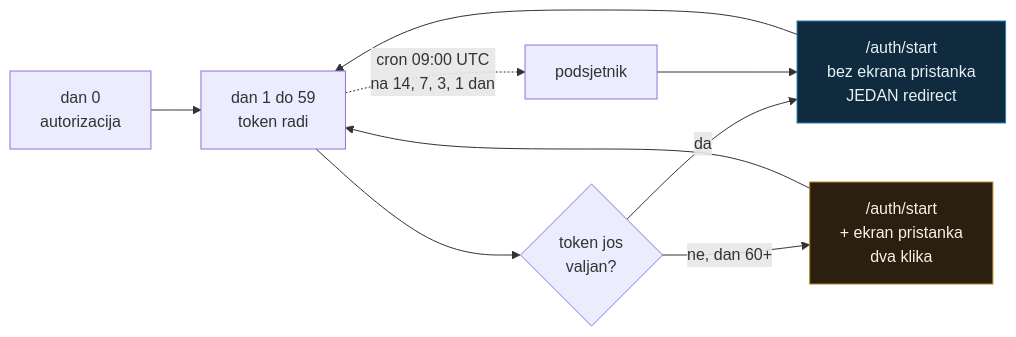
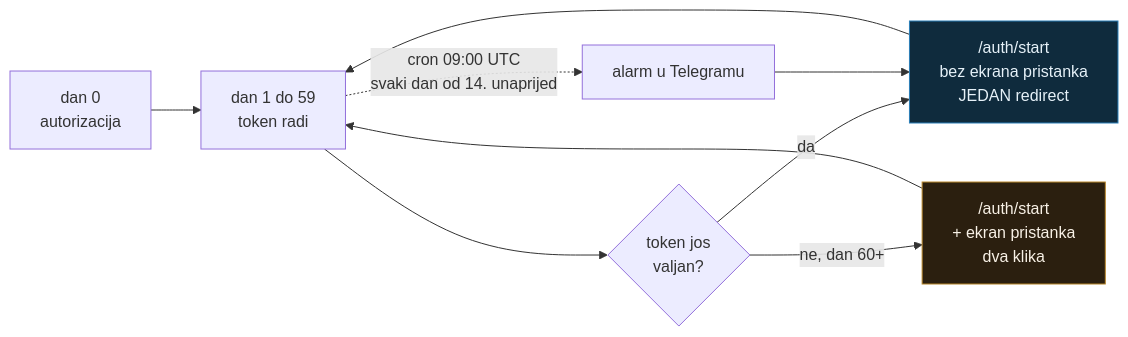
Before and after one commit to stepanic/linkedin-poster: the diagram in docs/2026-08-27-postavljanje-i-zamke.md, drawn with Mermaid. The commit also changed other lines of this file and 12 other files, not shown here.

````diff
--- a/docs/2026-08-27-postavljanje-i-zamke.md
+++ b/docs/2026-08-27-postavljanje-i-zamke.md
@@ -32,14 +32,14 @@
 ```mermaid
 flowchart LR
     A["dan 0<br/>autorizacija"] --> B["dan 1 do 59<br/>token radi"]
     B --> C{"token jos<br/>valjan?"}
     C -->|"da"| D["/auth/start<br/>bez ekrana pristanka<br/>JEDAN redirect"]
     C -->|"ne, dan 60+"| E["/auth/start<br/>+ ekran pristanka<br/>dva klika"]
     D --> B
     E --> B
-    B -.->|"cron 09:00 UTC<br/>na 14, 7, 3, 1 dan"| F["podsjetnik"]
+    B -.->|"cron 09:00 UTC<br/>svaki dan od 14. unaprijed"| F["alarm u Telegramu"]
     F --> D
 
     style D fill:#0f2b3d,stroke:#2b7fb8,color:#e6f1f8
     style E fill:#2b1f0f,stroke:#b8862b,color:#f8f1e6
 ```
````
